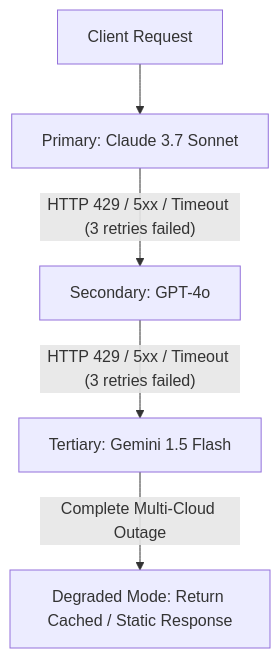
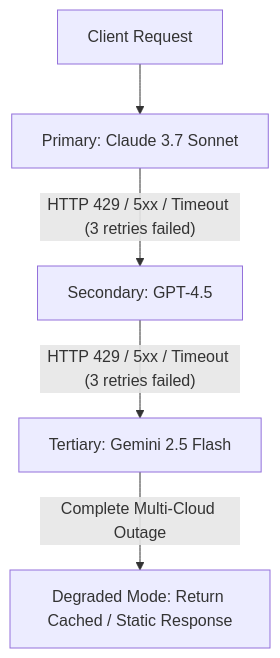
Before and after one commit to dip4k/senior-engineer-to-ai-engineer-roadmap: the sixth of 14 diagrams in 07-production-deployment-and-llmops/README.md, drawn with Mermaid. The commit also changed other lines of this file and 39 other files, not shown here.

First line of the commit message:
Enhance use case documentation for Enterprise AI, including new architectural standards and resilience implementations

````diff
--- a/07-production-deployment-and-llmops/README.md
+++ b/07-production-deployment-and-llmops/README.md
@@ -373,10 +611,10 @@
 ```mermaid
 flowchart TD
     A["Client Request"] --> B["Primary: Claude 3.7 Sonnet"]
     
-    B -- "HTTP 429 / 5xx / Timeout (3 retries failed)" --> C["Secondary: GPT-4o"]
+    B -- "HTTP 429 / 5xx / Timeout (3 retries failed)" --> C["Secondary: GPT-4.5"]
     
-    C -- "HTTP 429 / 5xx / Timeout (3 retries failed)" --> D["Tertiary: Gemini 1.5 Flash"]
+    C -- "HTTP 429 / 5xx / Timeout (3 retries failed)" --> D["Tertiary: Gemini 2.5 Flash"]
     
     D -- "Complete Multi-Cloud Outage" --> E["Degraded Mode: Return Cached / Static Response"]
 ```
````
